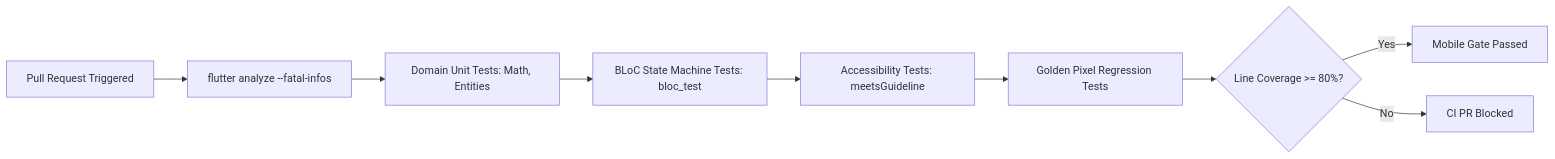
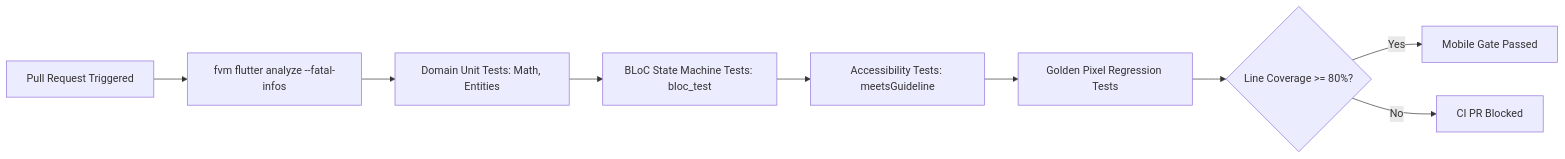
One commit to YDink/Heavy-Machinery-Logistics-Rental changed the third of 3 diagrams in docs/components/mobile/DESIGN.md. Above: the diagram before and after it, drawn with Mermaid. The commit also changed other lines of this file and 183 other files, not shown here.

First line of the commit message:
[CHORE-STACK] chore(toolchain): update flutter to 3.47.9, enforce fvm, and switch to pnpm

````diff
--- a/docs/components/mobile/DESIGN.md
+++ b/docs/components/mobile/DESIGN.md
@@ -584,11 +584,11 @@
 ```mermaid
 flowchart LR
-  PR[Pull Request Triggered] --> Lint[flutter analyze --fatal-infos]
+  PR[Pull Request Triggered] --> Lint[fvm flutter analyze --fatal-infos]
   Lint --> Unit[Domain Unit Tests: Math, Entities]
   Unit --> BlocTest[BLoC State Machine Tests: bloc_test]
   BlocTest --> A11y[Accessibility Tests: meetsGuideline]
   A11y --> Goldens[Golden Pixel Regression Tests]
   Goldens --> Coverage{Line Coverage >= 80%?}
   Coverage -- Yes --> Pass[Mobile Gate Passed]
   Coverage -- No --> Fail[CI PR Blocked]
 ```
````
